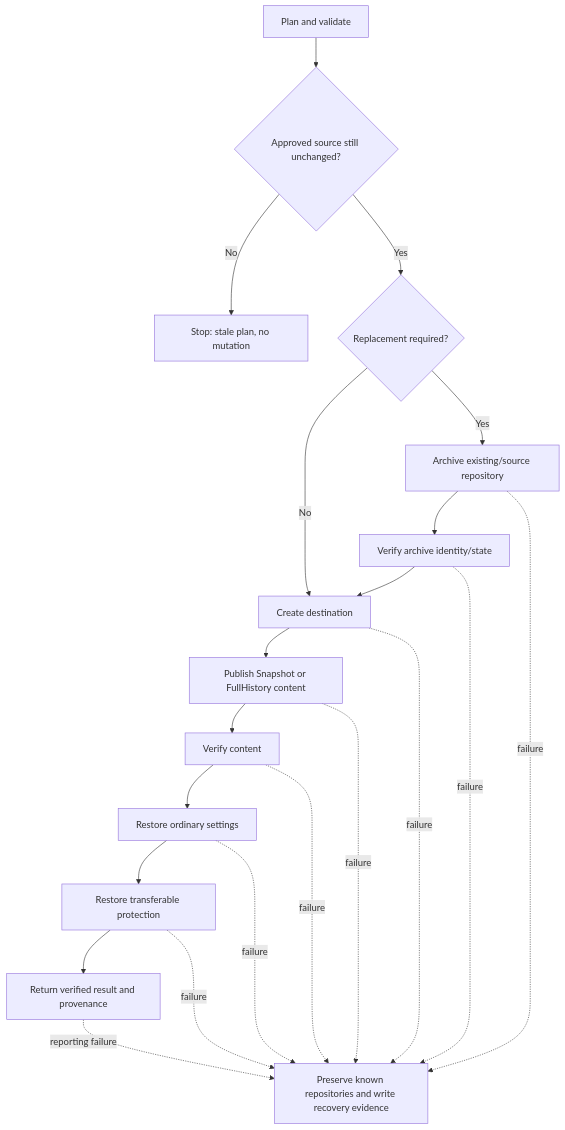
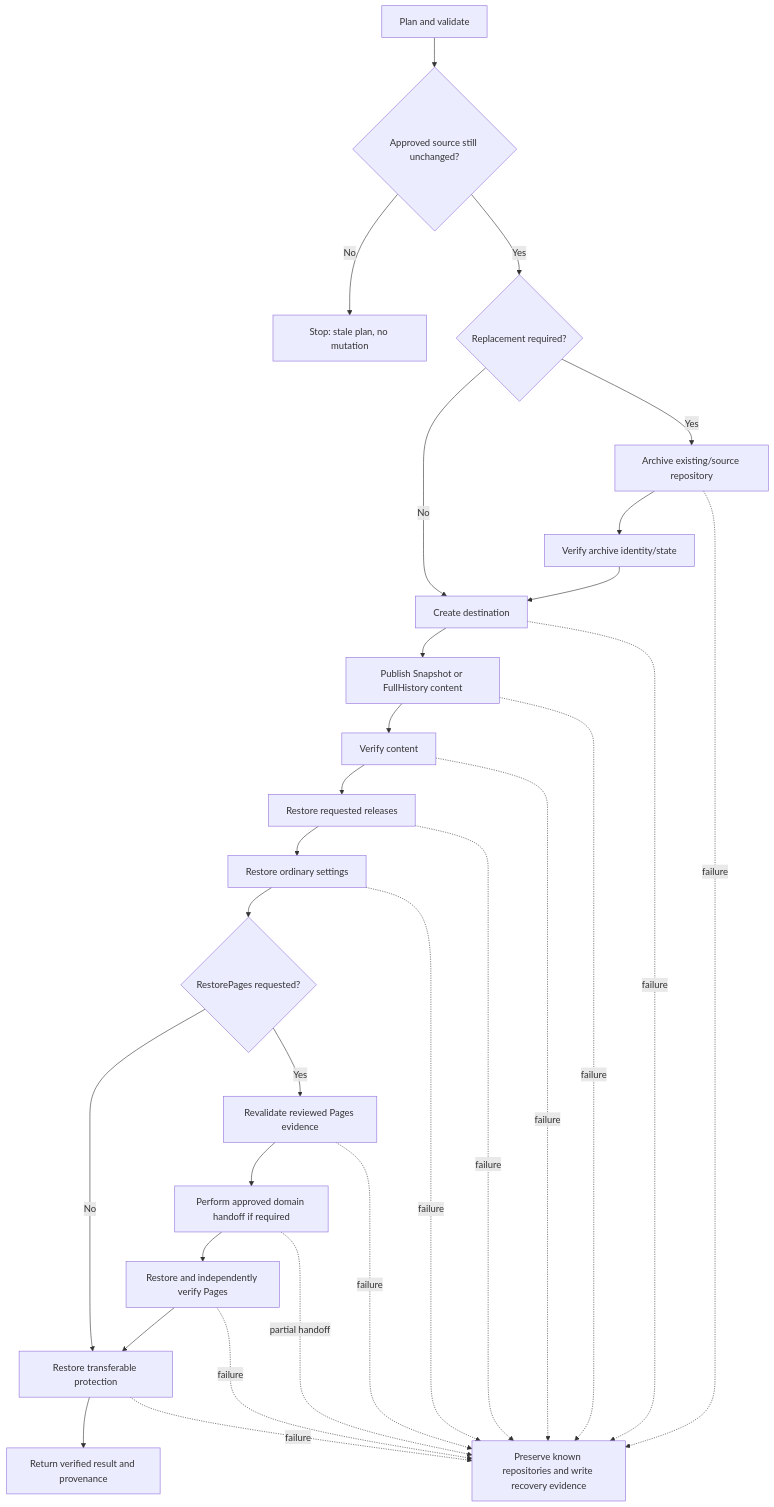
Before and after one commit to infoconex/copy-github-repo: the diagram in docs/user/troubleshooting-recovery.md, drawn with Mermaid. The commit also changed other lines of this file and 61 other files, not shown here.

````diff
--- a/docs/user/troubleshooting-recovery.md
+++ b/docs/user/troubleshooting-recovery.md
@@ -35,24 +39,32 @@
 ```mermaid
 flowchart TD
     A[Plan and validate] --> B{Approved source still unchanged?}
     B -- No --> S[Stop: stale plan, no mutation]
     B -- Yes --> C{Replacement required?}
     C -- No --> D[Create destination]
     C -- Yes --> E[Archive existing/source repository]
     E --> F[Verify archive identity/state]
     F --> D
     D --> G[Publish Snapshot or FullHistory content]
     G --> H[Verify content]
-    H --> I[Restore ordinary settings]
-    I --> J[Restore transferable protection]
-    J --> K[Return verified result and provenance]
+    H --> I[Restore requested releases]
+    I --> J[Restore ordinary settings]
+    J --> P{RestorePages requested?}
+    P -- No --> Q[Restore transferable protection]
+    P -- Yes --> R[Revalidate reviewed Pages evidence]
+    R --> T[Perform approved domain handoff if required]
+    T --> U[Restore and independently verify Pages]
+    U --> Q
+    Q --> K[Return verified result and provenance]
 
-    E -. failure .-> R[Preserve known repositories and write recovery evidence]
-    F -. failure .-> R
-    D -. failure .-> R
-    G -. failure .-> R
-    H -. failure .-> R
-    I -. failure .-> R
-    J -. failure .-> R
-    K -. reporting failure .-> R
+    E -. failure .-> X[Preserve known repositories and write recovery evidence]
+    D -. failure .-> X
+    G -. failure .-> X
+    H -. failure .-> X
+    I -. failure .-> X
+    J -. failure .-> X
+    R -. failure .-> X
+    T -. partial handoff .-> X
+    U -. failure .-> X
+    Q -. failure .-> X
 ```
````
